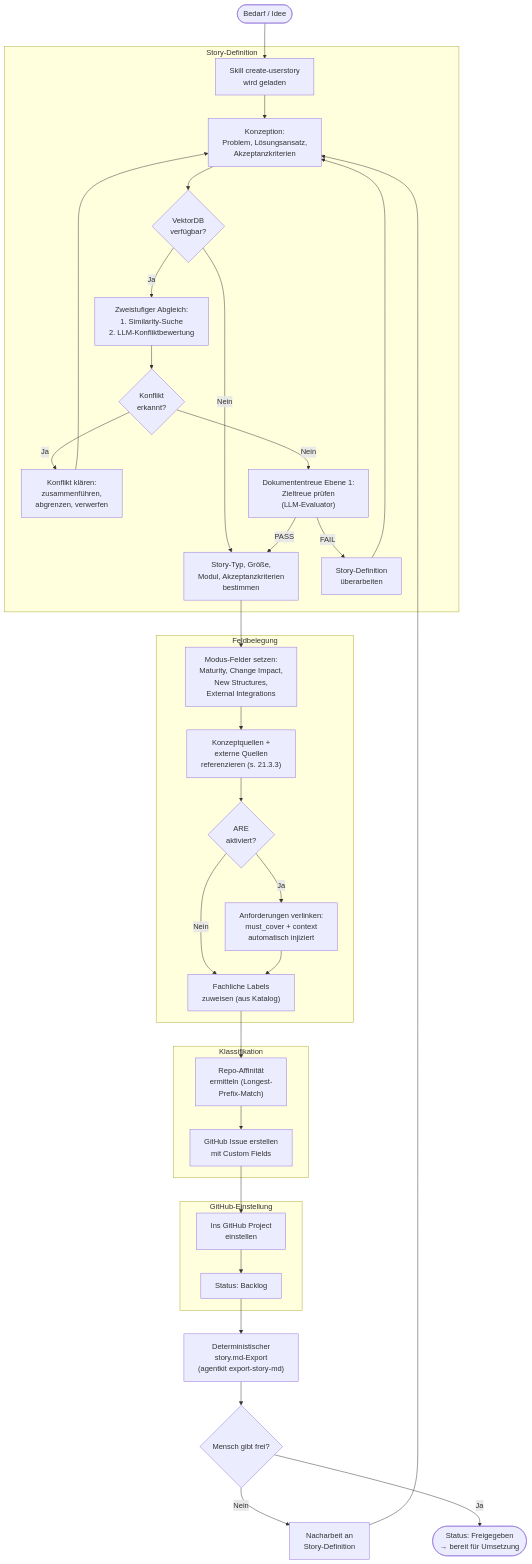
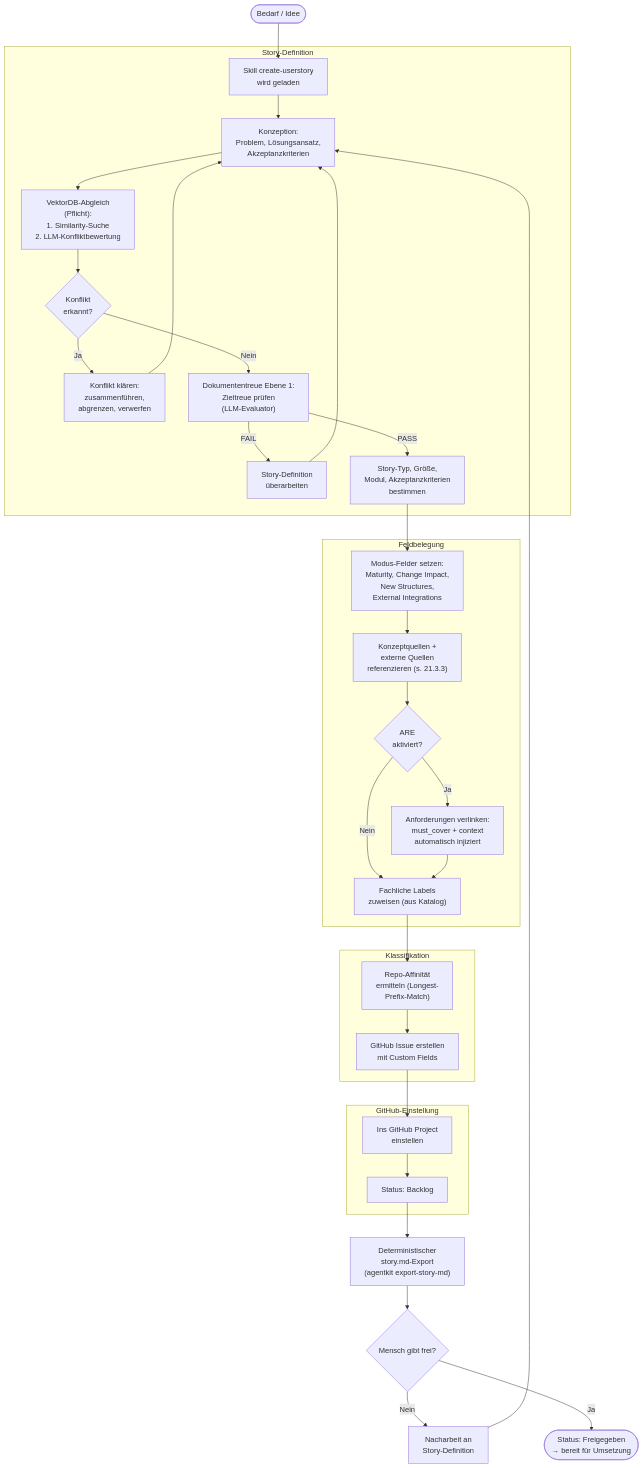
One commit to saltenhof/claude-agentkit3 changed the diagram in concept/technical-design/21_story_creation_pipeline.md. Above: the diagram before and after it, drawn with Mermaid. The commit also changed other lines of this file and 29 other files, not shown here.

````diff
--- a/concept/technical-design/21_story_creation_pipeline.md
+++ b/concept/technical-design/21_story_creation_pipeline.md
@@ -62,51 +62,48 @@
 ```mermaid
 flowchart TD
     TRIGGER(["Bedarf / Idee"]) --> SKILL["Skill create-userstory<br/>wird geladen"]
 
     subgraph DEFINITION ["Story-Definition"]
         SKILL --> KONZEPT["Konzeption:<br/>Problem, Lösungsansatz,<br/>Akzeptanzkriterien"]
-        KONZEPT --> VEKTORDB{"VektorDB<br/>verfügbar?"}
-
-        VEKTORDB -->|Nein| FIELDS
-        VEKTORDB -->|Ja| SEARCH["Zweistufiger Abgleich:<br/>1. Similarity-Suche<br/>2. LLM-Konfliktbewertung"]
+        KONZEPT --> SEARCH["VektorDB-Abgleich<br/>(Pflicht):<br/>1. Similarity-Suche<br/>2. LLM-Konfliktbewertung"]
 
         SEARCH --> CONFLICT{"Konflikt<br/>erkannt?"}
         CONFLICT -->|Ja| RESOLVE["Konflikt klären:<br/>zusammenführen,<br/>abgrenzen, verwerfen"]
         RESOLVE --> KONZEPT
         CONFLICT -->|Nein| ZIELTREUE
 
         ZIELTREUE["Dokumententreue Ebene 1:<br/>Zieltreue prüfen<br/>(LLM-Evaluator)"]
         ZIELTREUE -->|FAIL| REWORK_Z["Story-Definition<br/>überarbeiten"]
         REWORK_Z --> KONZEPT
         ZIELTREUE -->|PASS| FIELDS
     end
 
     subgraph FIELDS_PHASE ["Feldbelegung"]
         FIELDS["Story-Typ, Größe,<br/>Modul, Akzeptanzkriterien<br/>bestimmen"]
         FIELDS --> MODE_FIELDS["Modus-Felder setzen:<br/>Maturity, Change Impact,<br/>New Structures,<br/>External Integrations"]
         MODE_FIELDS --> CONCEPT_REF["Konzeptquellen +<br/>externe Quellen<br/>referenzieren (s. 21.3.3)"]
         CONCEPT_REF --> ARE_CHECK{"ARE<br/>aktiviert?"}
 
         ARE_CHECK -->|Ja| ARE_LINK["Anforderungen verlinken:<br/>must_cover + context<br/>automatisch injiziert"]
         ARE_CHECK -->|Nein| LABELS
         ARE_LINK --> LABELS
     end
 
     subgraph KLASSIFIKATION ["Klassifikation"]
         LABELS["Fachliche Labels<br/>zuweisen (aus Katalog)"]
         LABELS --> REPO_AFF["Repo-Affinität<br/>ermitteln (Longest-<br/>Prefix-Match)"]
         REPO_AFF --> GITHUB
     end
 
     subgraph EINSTELLUNG ["GitHub-Einstellung"]
         GITHUB["GitHub Issue erstellen<br/>mit Custom Fields"]
         GITHUB --> PROJECT["Ins GitHub Project<br/>einstellen"]
         PROJECT --> BACKLOG["Status: Backlog"]
     end
 
     BACKLOG --> EXPORT["Deterministischer<br/>story.md-Export<br/>(agentkit export-story-md)"]
     EXPORT --> FREIGABE{"Mensch gibt frei?"}
     FREIGABE -->|Nein| REWORK["Nacharbeit an<br/>Story-Definition"]
     REWORK --> KONZEPT
     FREIGABE -->|Ja| APPROVED(["Status: Freigegeben<br/>→ bereit für Umsetzung"])
 ```
````
